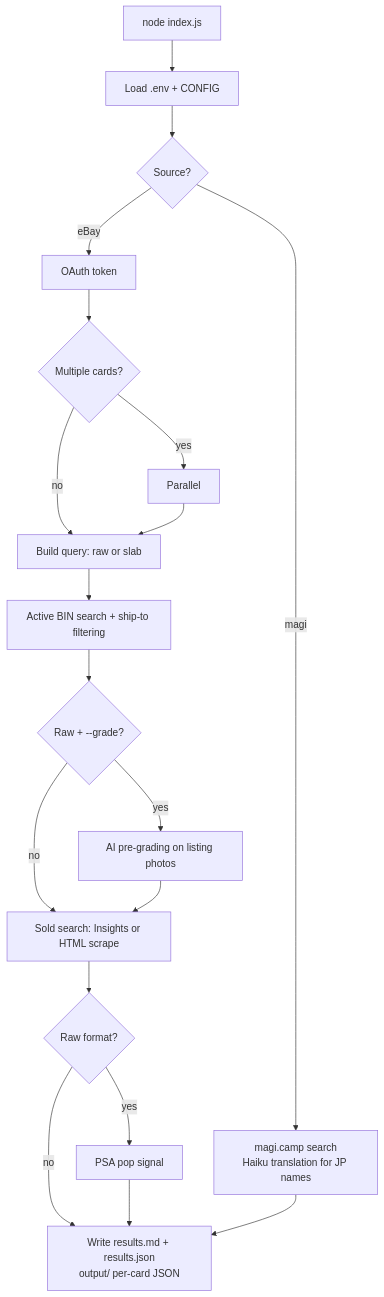
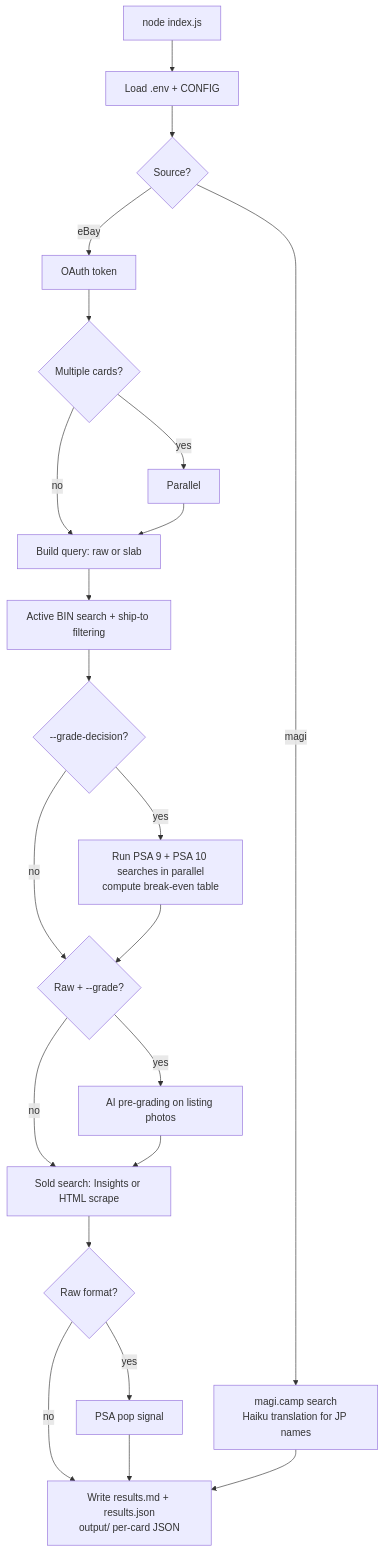
The diagram in README.md (Pyronewbic/casecomp), drawn with Mermaid before and after one commit. The commit also changed other lines of this file and 5 other files, not shown here.

Commit message:
feat: add --grade-decision mode with PSA break-even table by submission tier

````diff
--- a/README.md
+++ b/README.md
@@ -152,21 +182,25 @@
 ```mermaid
 flowchart TD
   A[node index.js] --> B[Load .env + CONFIG]
   B --> C{Source?}
   C -->|eBay| D[OAuth token]
   C -->|magi| M[magi.camp search\nHaiku translation for JP names]
   D --> E{Multiple cards?}
   E -->|yes| P[Parallel]
   E -->|no| F
   P --> F[Build query: raw or slab]
   F --> G[Active BIN search + ship-to filtering]
-  G --> H{Raw + --grade?}
+  G --> GD{--grade-decision?}
+  GD -->|yes| GD2[Run PSA 9 + PSA 10 searches in parallel\ncompute break-even table]
+  GD -->|no| H
+  GD2 --> H
+  H{Raw + --grade?}
   H -->|yes| I[AI pre-grading on listing photos]
   H -->|no| J[Sold search: Insights or HTML scrape]
   I --> J
   J --> K{Raw format?}
   K -->|yes| L[PSA pop signal]
   K -->|no| N
   L --> N[Write results.md + results.json\noutput/ per-card JSON]
   M --> N
 ```
````
